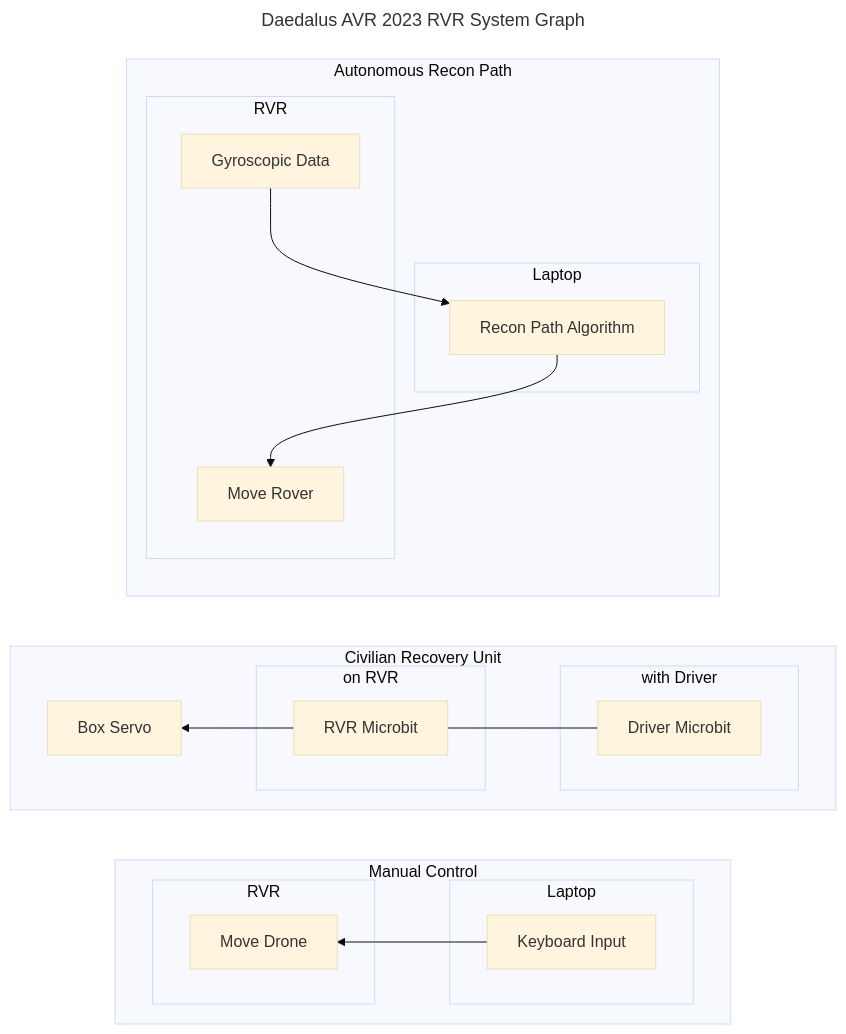
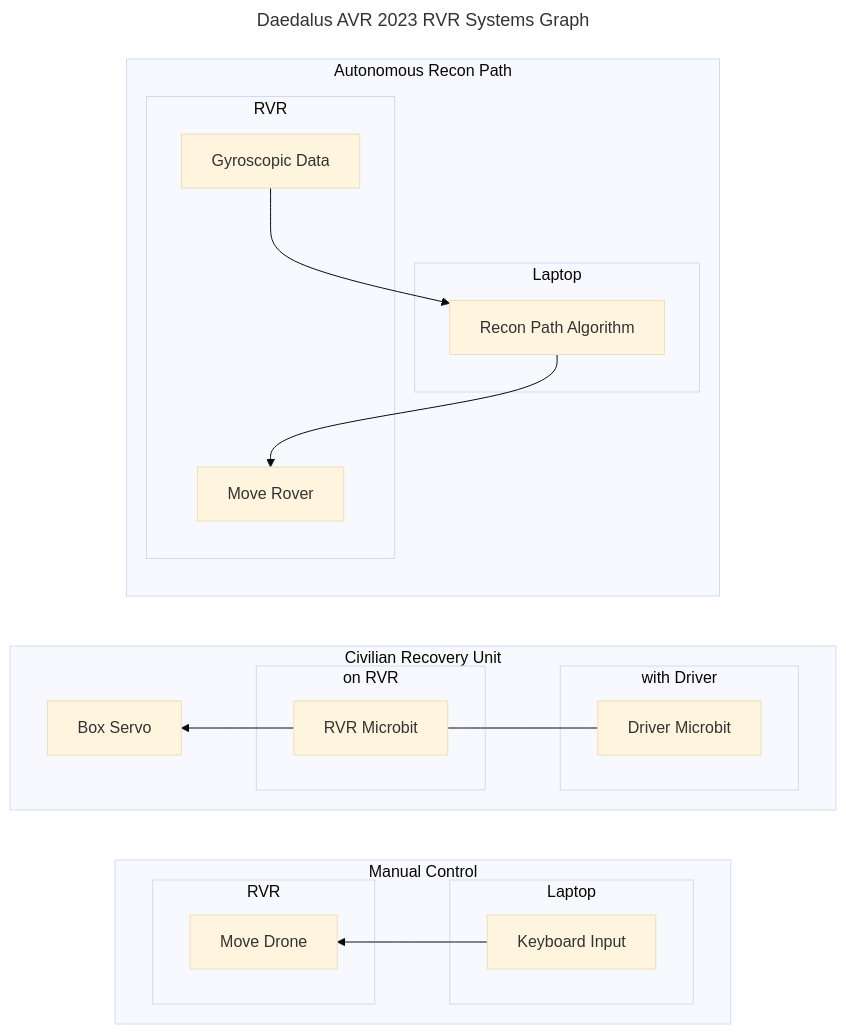
The diagram in RVR.md (Daedalus-Robotics/avr_2023_documentation), drawn with Mermaid (base theme) before and after one commit.

````diff
--- a/RVR.md
+++ b/RVR.md
@@ -1,57 +1,57 @@
 ```mermaid
 ---
-title: Daedalus AVR 2023 RVR System Graph
+title: Daedalus AVR 2023 RVR Systems Graph
 ---
 flowchart LR
 
     subgraph manual[Manual Control]
         direction RL
         subgraph laptop[Laptop]
             keyboard[Keyboard Input]
         end
 
         subgraph rvr[RVR]
             move[Move Drone]
         end
     
         keyboard --> move
 
     end
 
     subgraph cru[Civilian Recovery Unit]
         direction RL
 
         subgraph arvr[on RVR]
             rvrbit[RVR Microbit]
         end
 
         subgraph drive[with Driver]
             driverbit[Driver Microbit]
         end
 
         driverbit --- rvrbit --> servo[Box Servo]
         
 
     end
 
     subgraph reconpath[Autonomous Recon Path]
         direction TB
 
         subgraph blaptop[Laptop]
             rp[Recon Path Algorithm]
         end
 
         subgraph brvr[RVR]
             rp --> bmove[Move Rover]
             gyro[Gyroscopic Data] --> rp
         end 
 
     end
 
     
 
 
   
 
 
 ```
````
